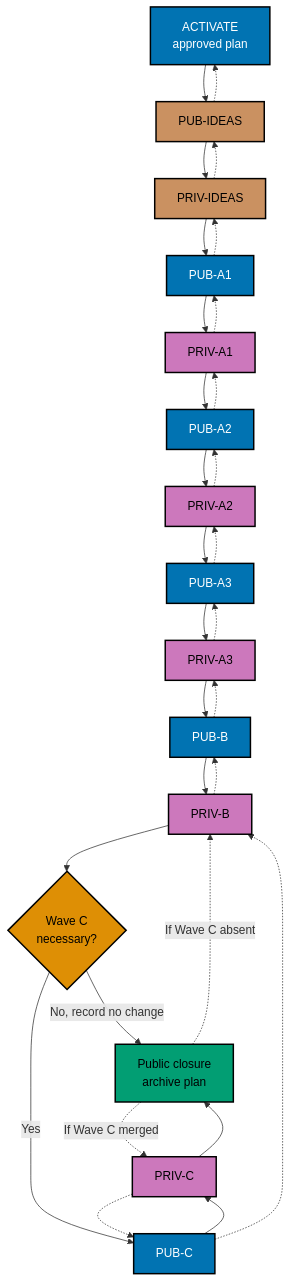
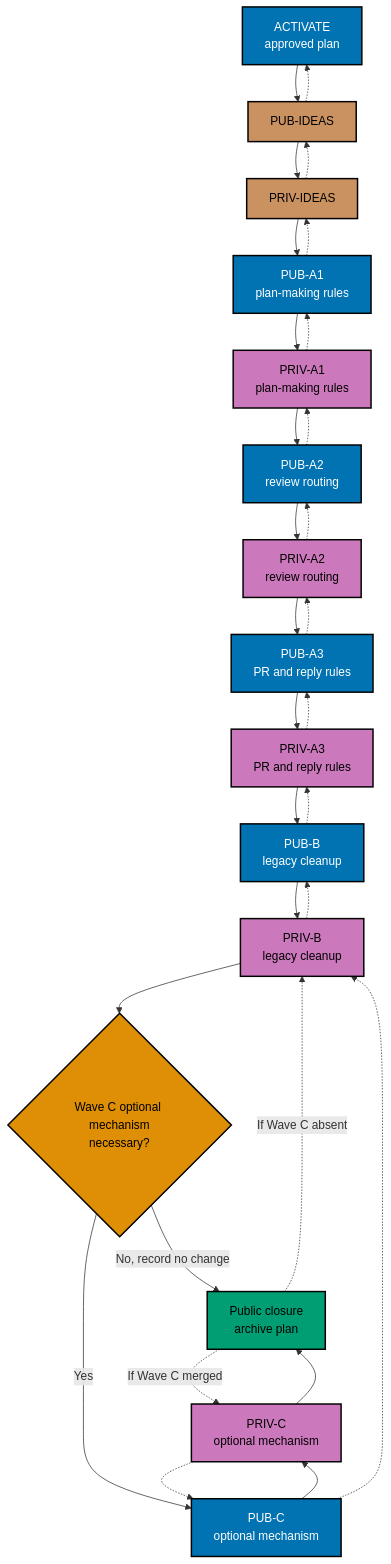
The third of 3 diagrams in plans/in-progress/optimize-pr-process/tech-docs.md (wahidyankf/open-sharia-fintech), drawn with Mermaid before and after one commit. The commit also changed other lines of this file and 2 other files, not shown here.

````diff
--- a/plans/in-progress/optimize-pr-process/tech-docs.md
+++ b/plans/in-progress/optimize-pr-process/tech-docs.md
@@ -157,23 +161,23 @@
 ```mermaid
 %% Color Palette: Blue #0173B2, Orange #DE8F05, Teal #029E73, Purple #CC78BC, Brown #CA9161
 flowchart TD
     accTitle: Sequential delivery and reverse dependency rollback
-    accDescr: Activation precedes idea retirement, paired public and private waves, an optional mechanism decision, and closure. Rollback moves in the opposite order.
+    accDescr: Activation precedes idea retirement, A1 plan-making rules, A2 review routing, A3 PR and reply rules, B legacy cleanup, the optional C mechanism decision, and closure. Each public wave precedes private adaptation; rollback reverses that order.
     A["ACTIVATE<br/>approved plan"]:::blue --> I1["PUB-IDEAS"]:::brown --> I2["PRIV-IDEAS"]:::brown
-    I2 --> PA1["PUB-A1"]:::blue --> VA1["PRIV-A1"]:::purple
-    VA1 --> PA2["PUB-A2"]:::blue --> VA2["PRIV-A2"]:::purple
-    VA2 --> PA3["PUB-A3"]:::blue --> VA3["PRIV-A3"]:::purple
-    VA3 --> PB["PUB-B"]:::blue --> VB["PRIV-B"]:::purple
-    VB --> C{"Wave C<br/>necessary?"}:::orange
+    I2 --> PA1["PUB-A1<br/>plan-making rules"]:::blue --> VA1["PRIV-A1<br/>plan-making rules"]:::purple
+    VA1 --> PA2["PUB-A2<br/>review routing"]:::blue --> VA2["PRIV-A2<br/>review routing"]:::purple
+    VA2 --> PA3["PUB-A3<br/>PR and reply rules"]:::blue --> VA3["PRIV-A3<br/>PR and reply rules"]:::purple
+    VA3 --> PB["PUB-B<br/>legacy cleanup"]:::blue --> VB["PRIV-B<br/>legacy cleanup"]:::purple
+    VB --> C{"Wave C optional mechanism<br/>necessary?"}:::orange
     C -->|No, record no change| Z["Public closure<br/>archive plan"]:::teal
-    C -->|Yes| PC["PUB-C"]:::blue --> VC["PRIV-C"]:::purple --> Z
+    C -->|Yes| PC["PUB-C<br/>optional mechanism"]:::blue --> VC["PRIV-C<br/>optional mechanism"]:::purple --> Z
     Z -. "If Wave C merged" .-> VC
     Z -. "If Wave C absent" .-> VB
     VC -.-> PC -.-> VB -.-> PB -.-> VA3 -.-> PA3
     PA3 -.-> VA2 -.-> PA2 -.-> VA1 -.-> PA1 -.-> I2 -.-> I1 -.-> A
     classDef blue fill:#0173B2,stroke:#000000,color:#FFFFFF,stroke-width:2px
     classDef orange fill:#DE8F05,stroke:#000000,color:#000000,stroke-width:2px
     classDef teal fill:#029E73,stroke:#000000,color:#000000,stroke-width:2px
     classDef purple fill:#CC78BC,stroke:#000000,color:#000000,stroke-width:2px
     classDef brown fill:#CA9161,stroke:#000000,color:#000000,stroke-width:2px
 ```
````
